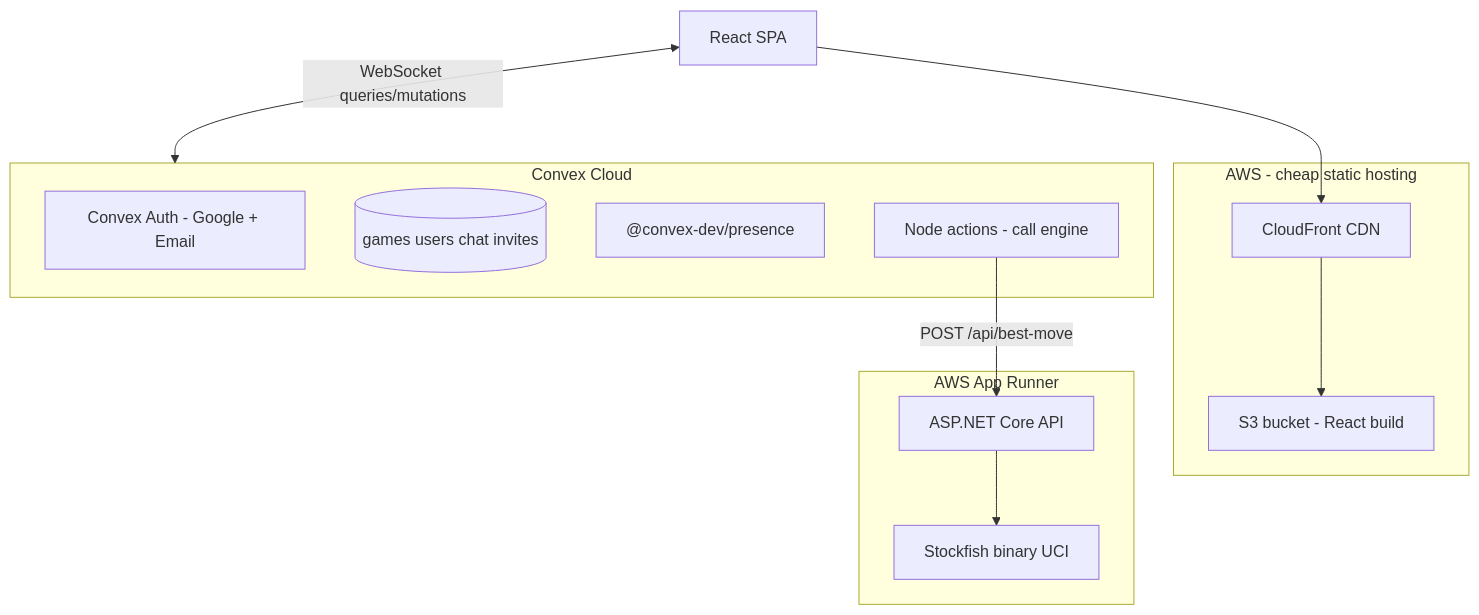
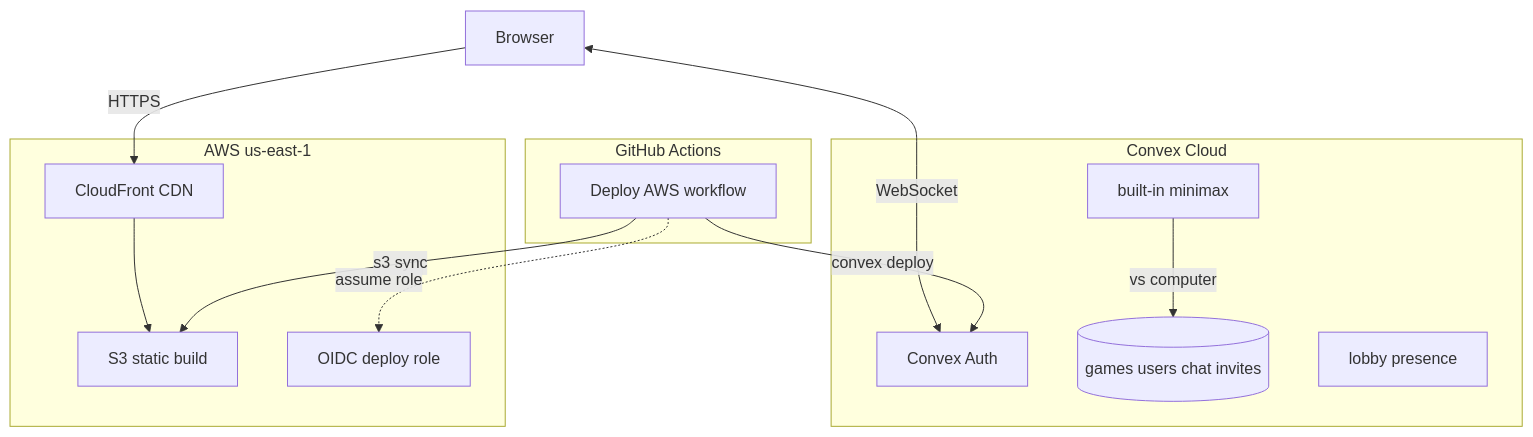
The diagram in README.md (shawnmcmahon/chess-lobby), drawn with Mermaid before and after one commit. The commit also changed other lines of this file and 10 other files, not shown here.

First line of the commit message:
Document AWS demo deploy and fix README architecture diagram. (#16)

````diff
--- a/README.md
+++ b/README.md
@@ -18,24 +38,28 @@
 ```mermaid
 flowchart TB
-  subgraph aws [AWS - cheap static hosting]
-    CF[CloudFront CDN]
-    S3[S3 bucket - React build]
+  subgraph github ["GitHub Actions"]
+    Workflow["Deploy AWS workflow"]
   end
 
-  subgraph convexCloud [Convex Cloud]
-    Auth[Convex Auth - Google + Email]
-    DB[(games users chat invites)]
-    Presence["@convex-dev/presence"]
-    Actions[Node actions - call engine]
+  subgraph aws ["AWS us-east-1"]
+    S3["S3 static build"]
+    CF["CloudFront CDN"]
+    IAM["OIDC deploy role"]
   end
 
-  subgraph engineSvc [AWS App Runner]
-    DotNet[ASP.NET Core API]
-    SF[Stockfish binary UCI]
+  subgraph convex ["Convex Cloud"]
+    Auth["Convex Auth"]
+    DB[("games users chat invites")]
+    Presence["lobby presence"]
+    Engine["built-in minimax"]
   end
 
-  Browser[React SPA] --> CF --> S3
-  Browser <-->|WebSocket queries/mutations| convexCloud
-  Actions -->|POST /api/best-move| DotNet
-  DotNet --> SF
+  Browser["Browser"]
+  Workflow -->|"s3 sync"| S3
+  Workflow -->|"convex deploy"| Auth
+  Workflow -.->|"assume role"| IAM
+  Browser -->|"HTTPS"| CF
+  CF --> S3
+  Browser <-->|"WebSocket"| Auth
+  Engine -->|"vs computer"| DB
 ```
````
